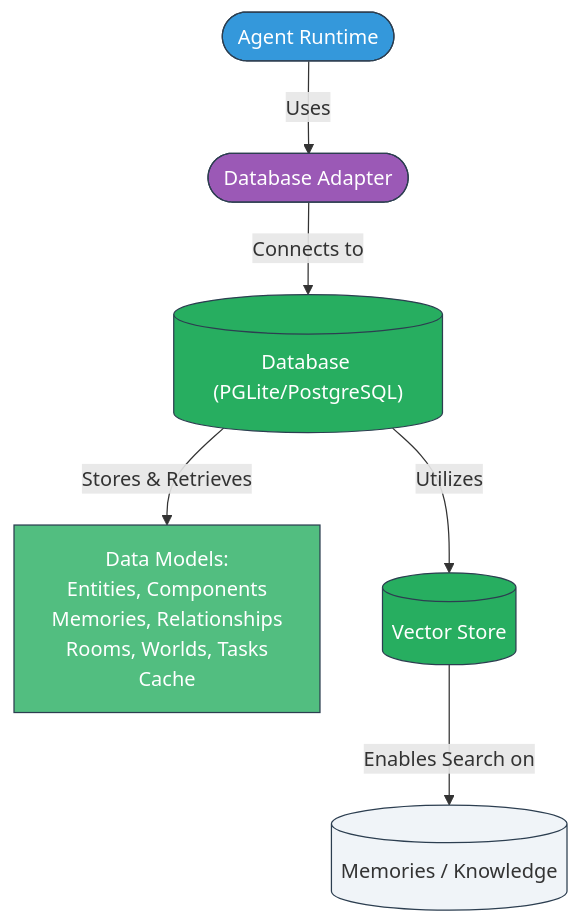
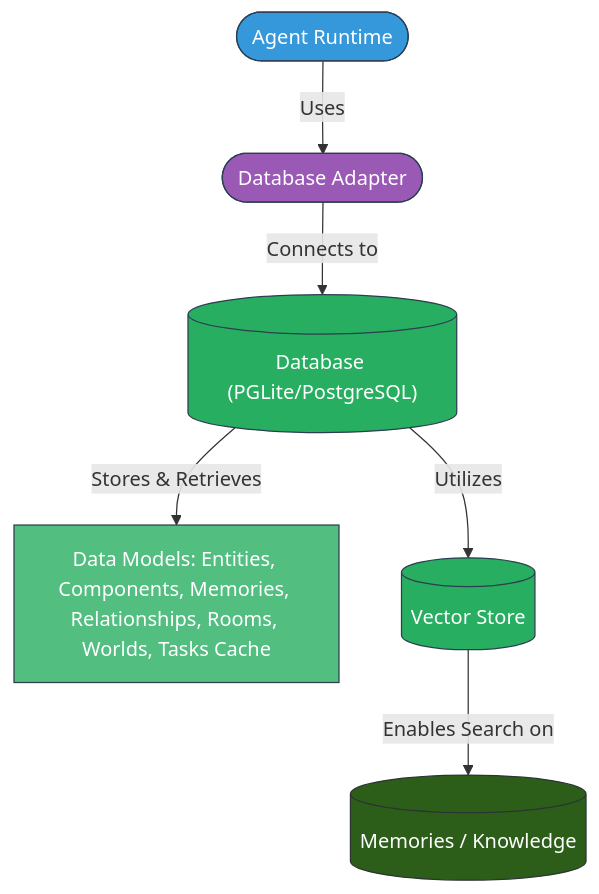
Before and after one commit to zpark/eliza: the diagram in packages/docs/docs/core/database.md, drawn with Mermaid. The commit also changed 7 other files, not shown here.

````diff
--- a/packages/docs/docs/core/database.md
+++ b/packages/docs/docs/core/database.md
@@ -11,37 +11,39 @@
 ```mermaid
 graph TB
     %% Main Components
     Runtime([Agent Runtime])
     DbAdapter([Database Adapter])
     DbConnection[("Database (PGLite/PostgreSQL)")]
 
     %% Data Models in compact form
-    DataModels["Data Models:\n Entities, Components\n Memories, Relationships\n Rooms, Worlds, Tasks\n Cache"]
+    DataModels["Data Models: Entities, Components, Memories, Relationships, Rooms, Worlds, Tasks Cache"]
 
     %% Vector Search
     VectorStore[(Vector Store)]
 
     %% Memories Knowledge
     MemoriesKnowledge[(Memories / Knowledge)]
 
     %% Connection flow
     Runtime -->|Uses| DbAdapter
     DbAdapter -->|Connects to| DbConnection
     DbConnection -->|Stores & Retrieves| DataModels
 
     %% Connect Vector Store
     DbConnection -->|Utilizes| VectorStore
     VectorStore -->|Enables Search on| MemoriesKnowledge
 
     %% Styling
     classDef default fill:#f0f4f8,stroke:#2c3e50,stroke-width:1px;
     classDef runtime fill:#3498db,stroke:#2c3e50,stroke-width:1px,color:#fff;
     classDef adapter fill:#9b59b6,stroke:#2c3e50,stroke-width:1px,color:#fff;
     classDef db fill:#27ae60,stroke:#2c3e50,stroke-width:1px,color:#fff;
     classDef datamodels fill:#52be80,stroke:#2c3e50,stroke-width:1px,color:#fff;
+    classDef memories fill:#2c5e1a,stroke:#2c3333,stroke-width:1px,color:#fff;
 
     class Runtime runtime;
     class DbAdapter adapter;
     class DbConnection,VectorStore db;
     class DataModels datamodels;
+    class MemoriesKnowledge memories;
 ```
````
